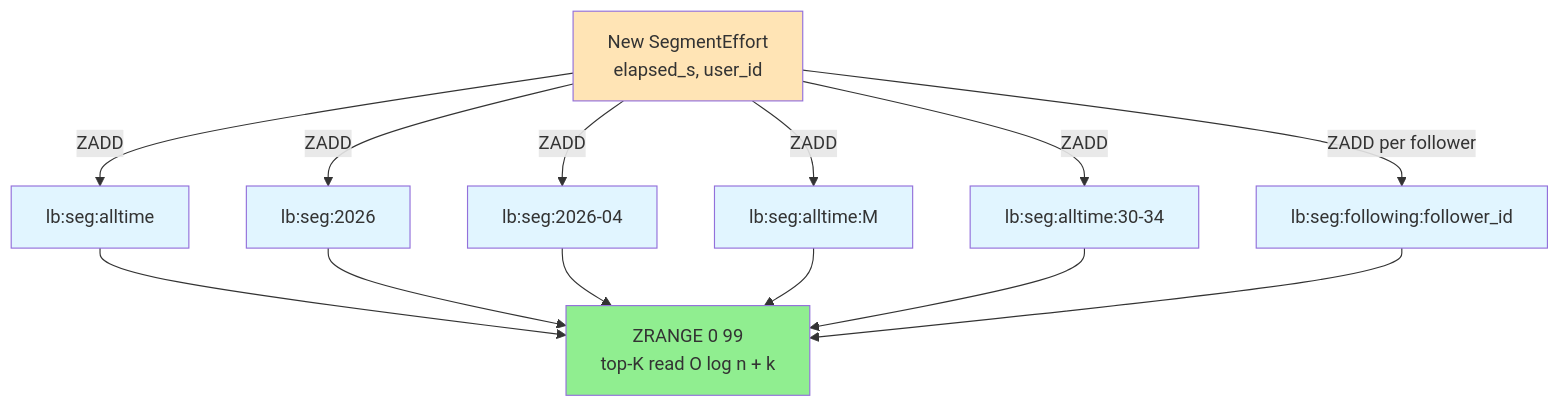
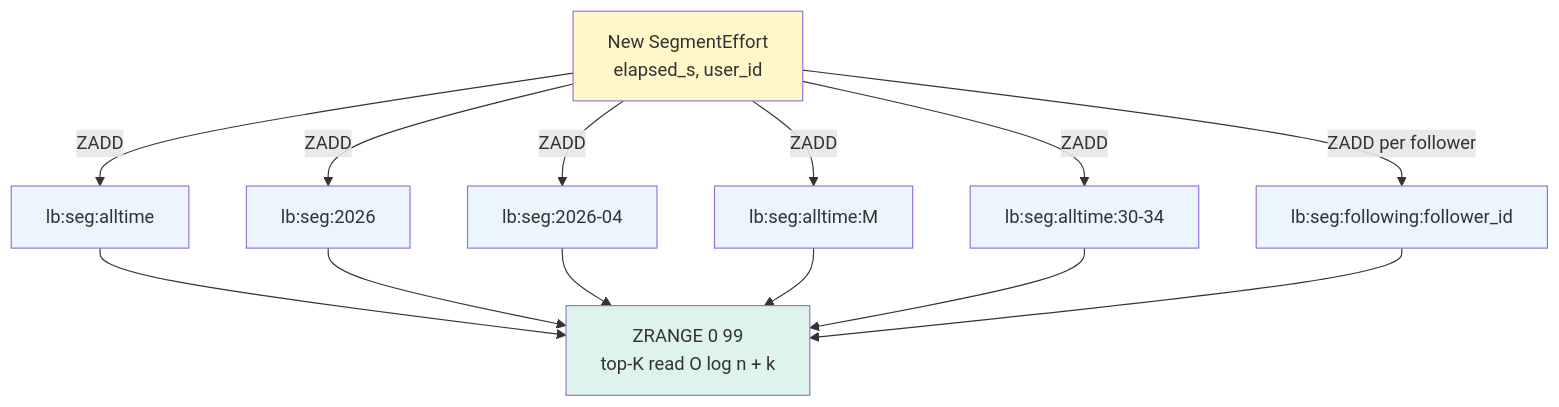
The fifth of 6 diagrams in LLD/questions/Design Strava.md (cartmancodes/InterviewVault), drawn with Mermaid before and after one commit. The commit also changed other lines of this file and 679 other files, not shown here.

Commit message:
Unify content diagrams and add accessible visual walkthroughs

````diff
--- a/LLD/questions/Design Strava.md
+++ b/LLD/questions/Design Strava.md
@@ -368,26 +368,26 @@
 ```mermaid
 graph TB
     E[New SegmentEffort<br/>elapsed_s, user_id]
     E -->|ZADD| A[lb:seg:alltime]
     E -->|ZADD| Y[lb:seg:2026]
     E -->|ZADD| M[lb:seg:2026-04]
     E -->|ZADD| G[lb:seg:alltime:M]
     E -->|ZADD| AG[lb:seg:alltime:30-34]
     E -->|ZADD per follower| F[lb:seg:following:follower_id]
 
     A --> R[ZRANGE 0 99<br/>top-K read O log n + k]
     Y --> R
     M --> R
     G --> R
     AG --> R
     F --> R
 
-    style E fill:#FFE4B5
-    style A fill:#e1f5ff
-    style Y fill:#e1f5ff
-    style M fill:#e1f5ff
-    style G fill:#e1f5ff
-    style AG fill:#e1f5ff
-    style F fill:#e1f5ff
-    style R fill:#90EE90
+    style E fill:#FFF6C9
+    style A fill:#EAF5FD
+    style Y fill:#EAF5FD
+    style M fill:#EAF5FD
+    style G fill:#EAF5FD
+    style AG fill:#EAF5FD
+    style F fill:#EAF5FD
+    style R fill:#DDF3EC
 ```
````
